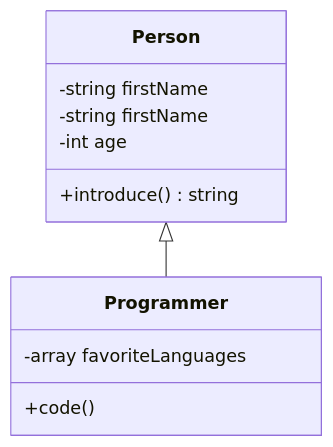
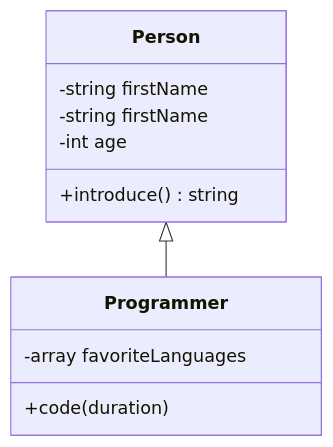
The third of 3 diagrams in Tools/mermaid/mermaid.md (lcov29/knowledgeBase), drawn with Mermaid before and after one commit.

Commit message:
update class diagram

````diff
--- a/Tools/mermaid/mermaid.md
+++ b/Tools/mermaid/mermaid.md
@@ -168,14 +168,14 @@
 ```mermaid
 classDiagram
     class Person {
         -string firstName
         -string firstName
         -int age
         +introduce() string
     }
     class Programmer {
         -array favoriteLanguages
-        +code()
+        +code(duration)
     }
     Person <|-- Programmer
 ```
````
